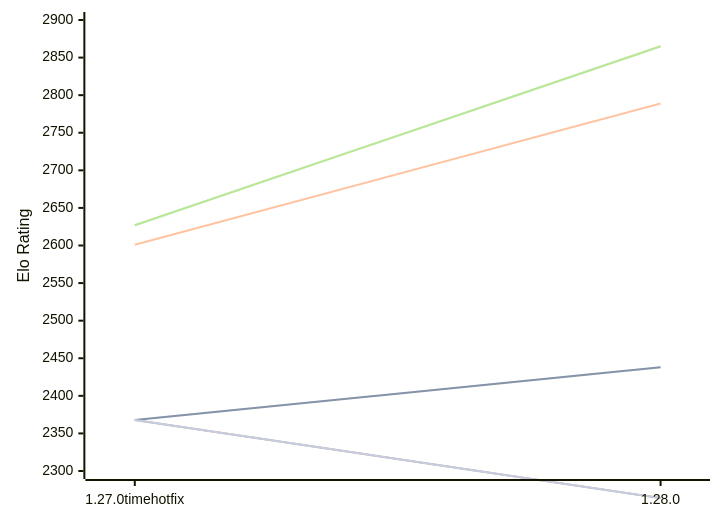
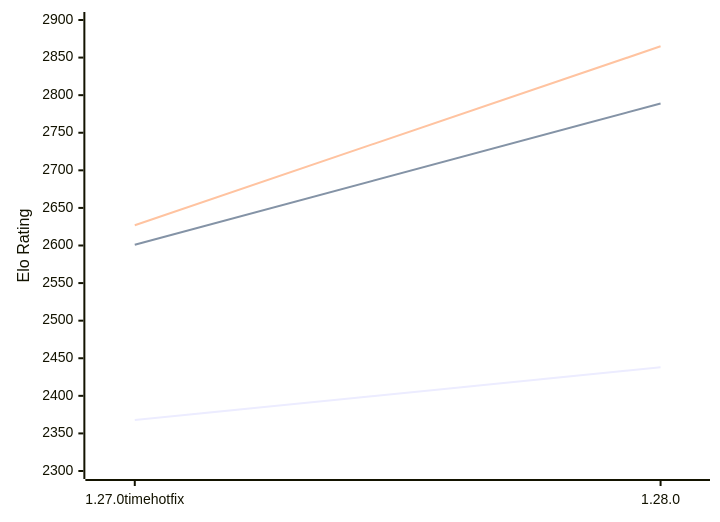
The diagram in engines/Aurora.md (computer-chess-index/cci), drawn with Mermaid before and after one commit. The commit also changed other lines of this file, not shown here.

````diff
--- a/engines/Aurora.md
+++ b/engines/Aurora.md
@@ -48,13 +48,9 @@
 ```mermaid
 %%{init: {"theme":"base","themeVariables":{"seriesColors:['#a3a3a3','#222221','#faa371']}}}%%
 xychart-beta
   x-axis ["1.27.0timehotfix", "1.28.0"]
   y-axis "Elo Rating" 2300 --> 2900
-  line "" [2368, 2438]
   line "T1: STC (8.0+0.08s)" [2368, 2438]
   line "T1: LTC (60.0+0.60s)" [2601, 2789]
-  line "" [2627, 2865]
   line "T1: VLTC (2m24s+1.12s)" [2627, 2865]
-  line "" [2368,2264]
-  line "E1: STC (8.0+0.08s)" [2368,2264]
 ```
````
